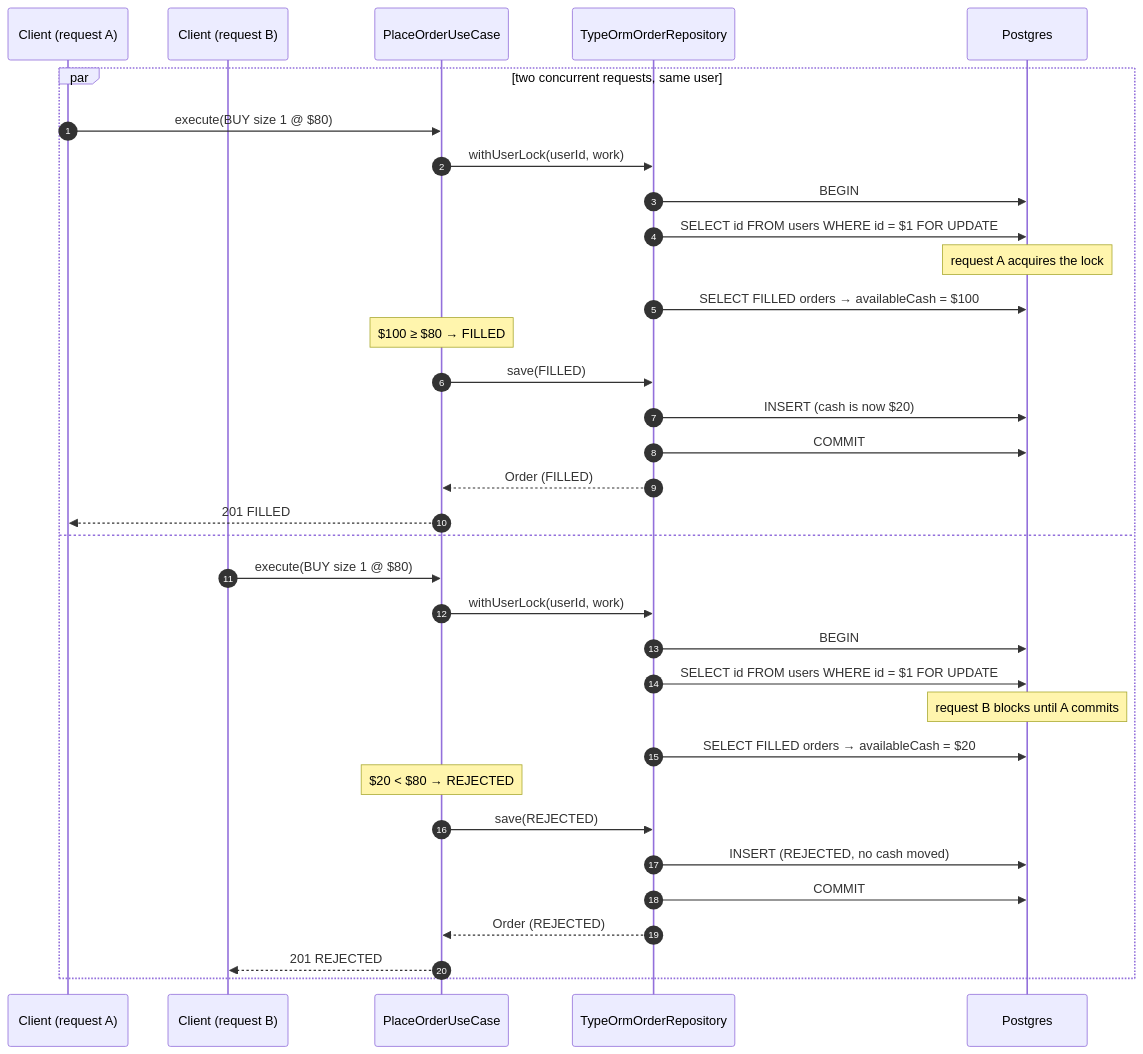
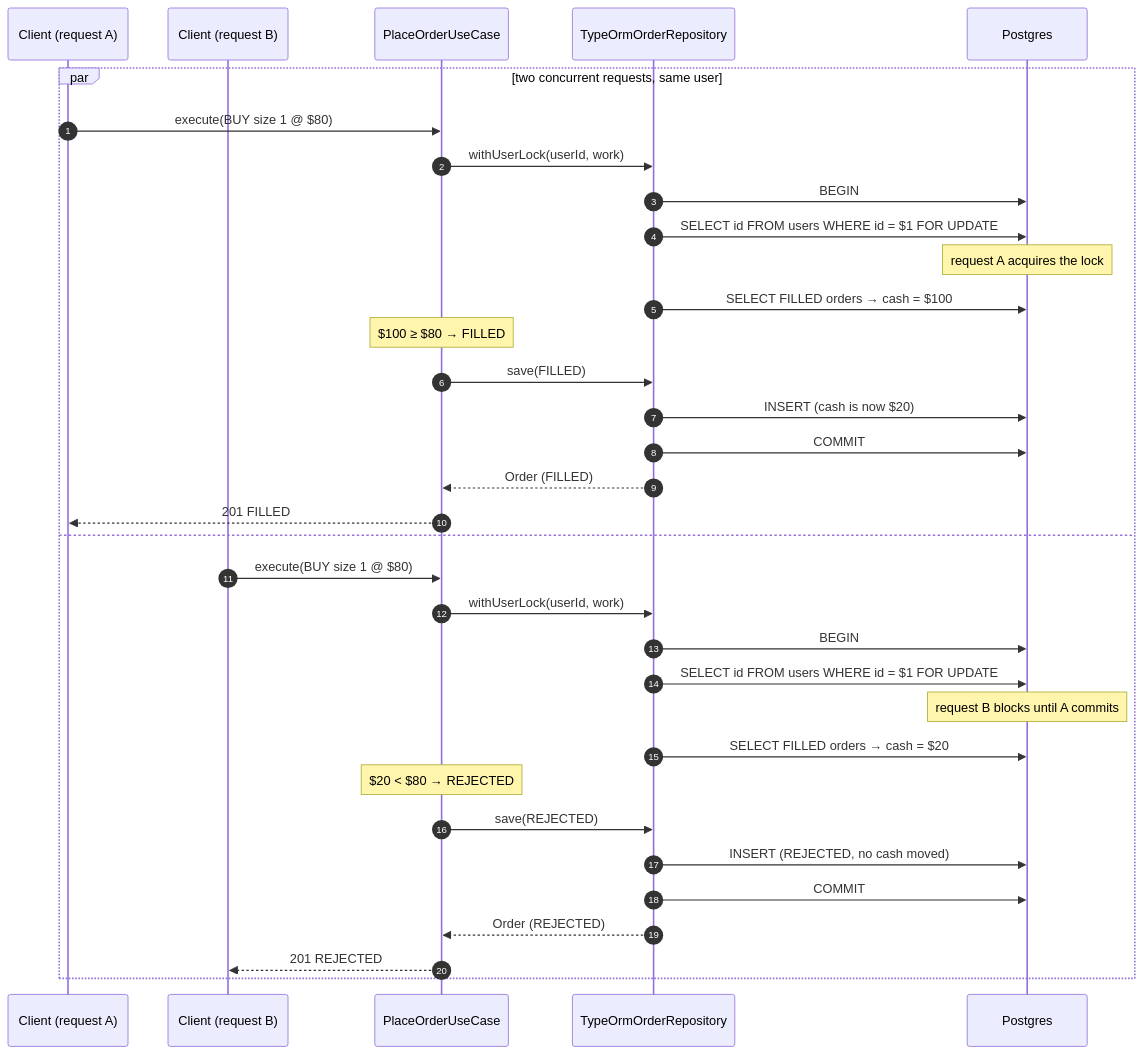
One commit to wchopite/cocos-capital changed the diagram in docs/sequence-diagrams/concurrency-lock.md. Above: the diagram before and after it, drawn with Mermaid. The commit also changed 7 other files, not shown here.

````diff
--- a/docs/sequence-diagrams/concurrency-lock.md
+++ b/docs/sequence-diagrams/concurrency-lock.md
@@ -7,37 +7,37 @@
 ```mermaid
 sequenceDiagram
     autonumber
     participant A as Client (request A)
     participant B as Client (request B)
     participant UC as PlaceOrderUseCase
     participant OR as TypeOrmOrderRepository
     participant DB as Postgres
 
     par two concurrent requests, same user
         A->>UC: execute(BUY size 1 @ $80)
         UC->>OR: withUserLock(userId, work)
         OR->>DB: BEGIN
         OR->>DB: SELECT id FROM users WHERE id = $1 FOR UPDATE
         Note over DB: request A acquires the lock
-        OR->>DB: SELECT FILLED orders → availableCash = $100
+        OR->>DB: SELECT FILLED orders → cash = $100
         Note over UC: $100 ≥ $80 → FILLED
         UC->>OR: save(FILLED)
         OR->>DB: INSERT (cash is now $20)
         OR->>DB: COMMIT
         OR-->>UC: Order (FILLED)
         UC-->>A: 201 FILLED
     and
         B->>UC: execute(BUY size 1 @ $80)
         UC->>OR: withUserLock(userId, work)
         OR->>DB: BEGIN
         OR->>DB: SELECT id FROM users WHERE id = $1 FOR UPDATE
         Note over DB: request B blocks until A commits
-        OR->>DB: SELECT FILLED orders → availableCash = $20
+        OR->>DB: SELECT FILLED orders → cash = $20
         Note over UC: $20 < $80 → REJECTED
         UC->>OR: save(REJECTED)
         OR->>DB: INSERT (REJECTED, no cash moved)
         OR->>DB: COMMIT
         OR-->>UC: Order (REJECTED)
         UC-->>B: 201 REJECTED
     end
 ```
````
